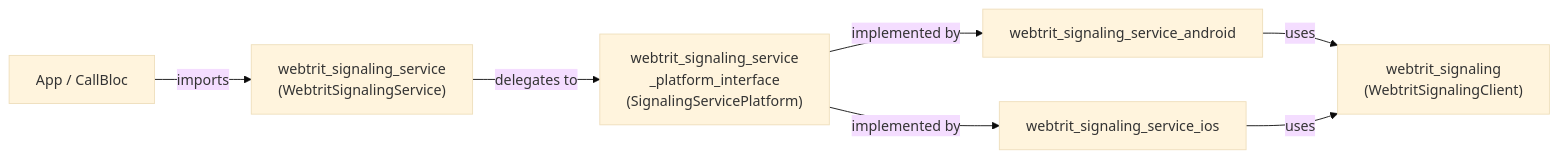
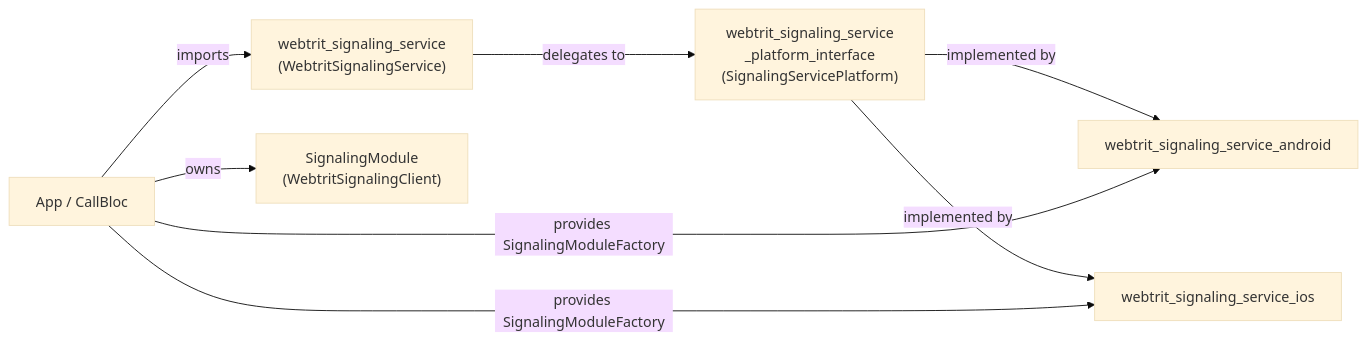
One commit to WebTrit/webtrit_phone changed the first of 7 diagrams in packages/webtrit_signaling_service/ARCHITECTURE.md. Above: the diagram before and after it, drawn with Mermaid (base theme). The commit also changed other lines of this file and 4 other files, not shown here.

Commit message:
docs: update signaling service plugin docs after SignalingModuleFactory refactor

````diff
--- a/packages/webtrit_signaling_service/ARCHITECTURE.md
+++ b/packages/webtrit_signaling_service/ARCHITECTURE.md
@@ -11,8 +11,9 @@
 ```mermaid
 graph LR
     App["App / CallBloc"] -->|imports| Umbrella["webtrit_signaling_service\n(WebtritSignalingService)"]
     Umbrella -->|delegates to| PI["webtrit_signaling_service\n_platform_interface\n(SignalingServicePlatform)"]
     PI -->|implemented by| Android["webtrit_signaling_service_android"]
     PI -->|implemented by| IOS["webtrit_signaling_service_ios"]
-    Android & IOS -->|uses| Signaling["webtrit_signaling\n(WebtritSignalingClient)"]
+    App -->|provides SignalingModuleFactory| Android & IOS
+    App -->|owns| SM["SignalingModule\n(WebtritSignalingClient)"]
 ```
````
